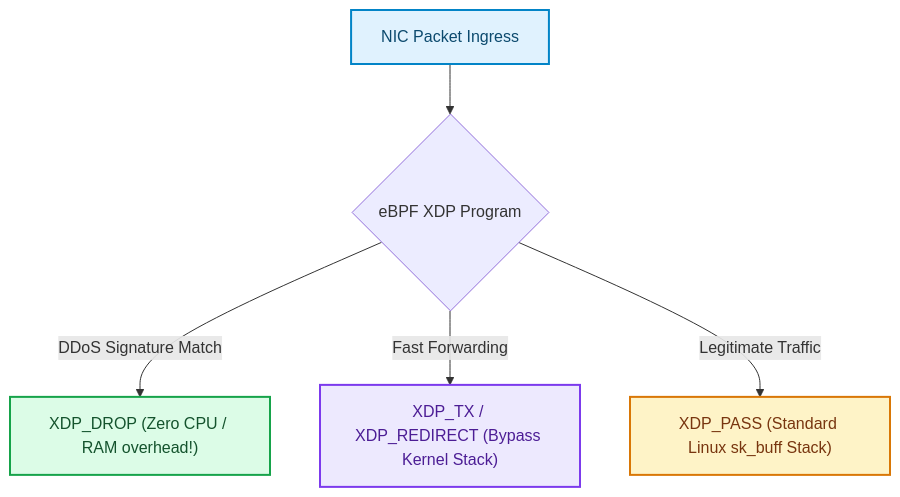
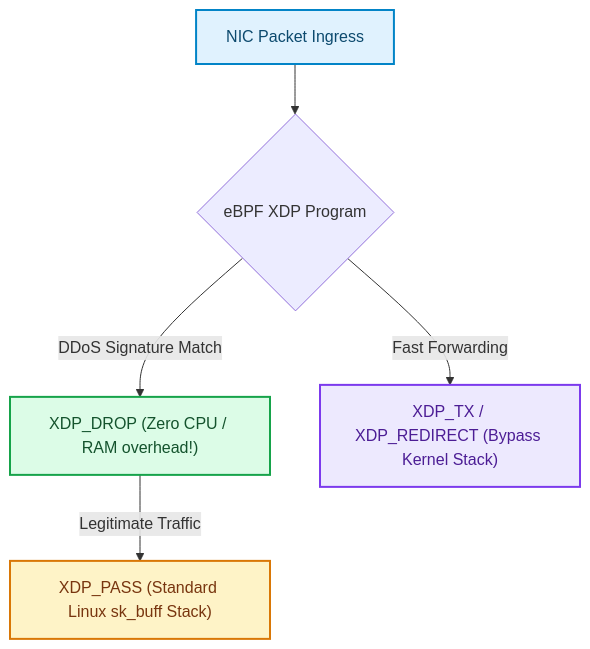
The second of 2 diagrams in blog/posts/linux-ebpf-internals-programmable-kernel-xdp-packet-filtering.md (akmalkhaniub/akmalkhaniub.github.io), drawn with Mermaid before and after one commit. The commit also changed other lines of this file and 894 other files, not shown here.

Commit message:
feat(blog): upgrade all 444 posts with unique staggered dates, 2-col Mermaid spines, benchmark tables, code blocks, and trade-offs

````diff
--- a/blog/posts/linux-ebpf-internals-programmable-kernel-xdp-packet-filtering.md
+++ b/blog/posts/linux-ebpf-internals-programmable-kernel-xdp-packet-filtering.md
@@ -80,17 +82,17 @@
 ```mermaid
 flowchart TD
   NIC["NIC Packet Ingress"] --> XDP{eBPF XDP Program}
   XDP -->|DDoS Signature Match| Drop["XDP_DROP (Zero CPU / RAM overhead!)"]
   XDP -->|Fast Forwarding| TX["XDP_TX / XDP_REDIRECT (Bypass Kernel Stack)"]
-  XDP -->|Legitimate Traffic| Pass["XDP_PASS (Standard Linux sk_buff Stack)"]
+  Drop --> |Legitimate Traffic| Pass["XDP_PASS (Standard Linux sk_buff Stack)"]
 
 classDef green fill:#dcfce7,stroke:#16a34a,stroke-width:2px,color:#14532d;
 classDef red fill:#fee2e2,stroke:#dc2626,stroke-width:2px,color:#7f1d1d;
 classDef blue fill:#e0f2fe,stroke:#0284c7,stroke-width:2px,color:#0c4a6e;
 classDef yellow fill:#fef3c7,stroke:#d97706,stroke-width:2px,color:#78350f;
 classDef purple fill:#ede9fe,stroke:#7c3aed,stroke-width:2px,color:#4c1d95;
 class NIC blue
 class Drop green
 class TX purple
 class Pass yellow
 ```
````
